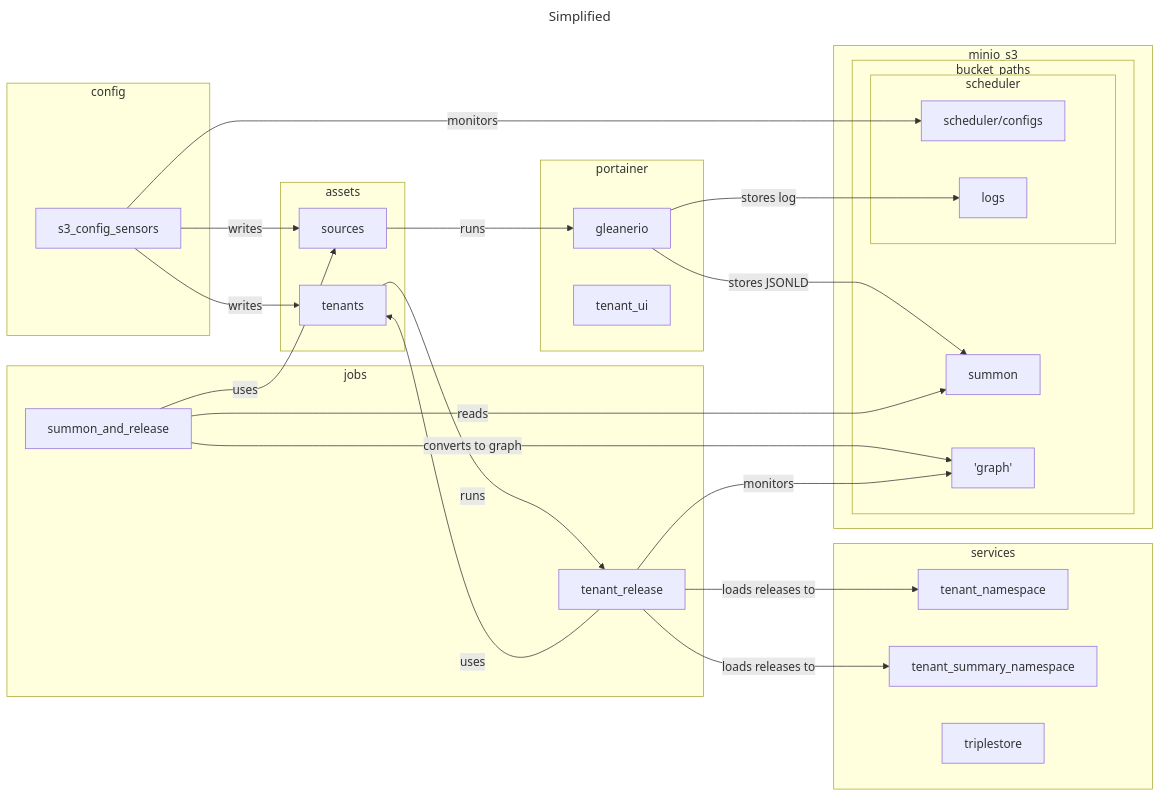
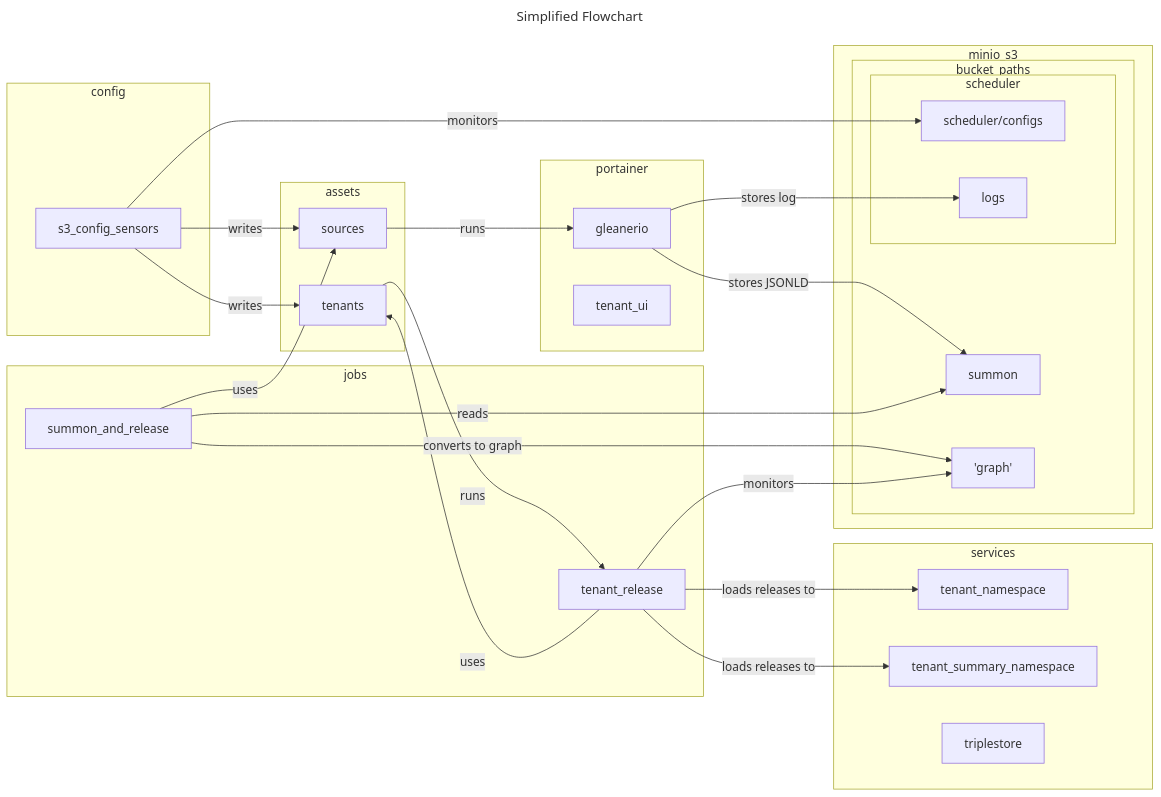
Before and after one commit to earthcube/scheduler: the second of 3 diagrams in docs/README.md, drawn with Mermaid. The commit also changed other lines of this file and 17 other files, not shown here.

````diff
--- a/docs/README.md
+++ b/docs/README.md
@@ -33,59 +60,59 @@
 ```mermaid
 ---
-title: Simplified
+title: Simplified Flowchart 
 ---
 flowchart LR
     subgraph config
           s3_config_sensors
     end    
     subgraph jobs
         summon_and_release
         tenant_release
     end
     subgraph assets
         sources
         tenants
     end
 
         
     
     s3_config_sensors--monitors --> configs
     s3_config_sensors--writes  -->sources 
     s3_config_sensors--writes  -->tenants
     summon_and_release--uses-->sources --runs --> gleanerio
     tenant_release--uses-->tenants --runs --> tenant_release
     gleanerio--stores JSONLD -->summon
     gleanerio--stores log -->logs
     summon_and_release-- reads --> summon
     summon_and_release-- converts to graph  -->graph_path
     tenant_release -- monitors --> graph_path
     tenant_release -- loads releases to --> tenant_namespace
     tenant_release -- loads releases to --> tenant_summary_namespace
     
     
     subgraph portainer
       gleanerio 
       tenant_ui
       end
       subgraph services
            triplestore
                tenant_namespace
                tenant_summary_namespace
             end
     
           subgraph minio_s3 
             subgraph bucket_paths
                 subgraph scheduler
                      configs["`scheduler/configs`"]
                      logs
                 end
                 summon
                 graph_path['graph']
             end
             end
 
          
     
     
    
 ```
````
